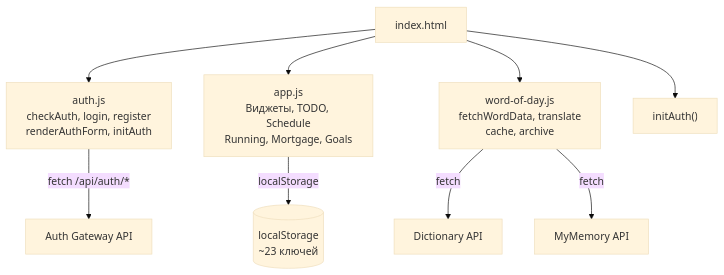
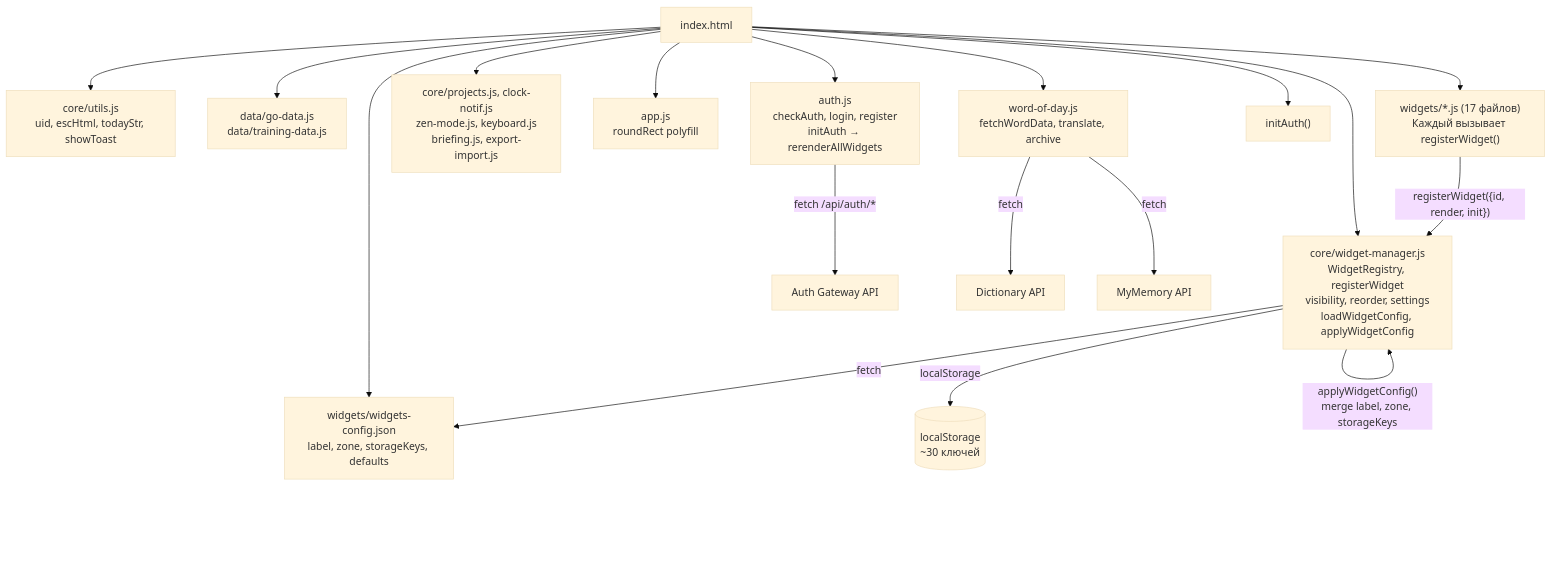
One commit to Finc8888/Dashboard changed the fourth of 13 diagrams in ARCHITECTURE.md. Above: the diagram before and after it, drawn with Mermaid (base theme). The commit also changed other lines of this file and 5716 other files, not shown here.

````diff
--- a/ARCHITECTURE.md
+++ b/ARCHITECTURE.md
@@ -196,12 +252,22 @@
 ```mermaid
 flowchart TB
-    HTML["index.html"] --> AUTH_JS["auth.js<br/>checkAuth, login, register<br/>renderAuthForm, initAuth"]
-    HTML --> APP_JS["app.js<br/>Виджеты, TODO, Schedule<br/>Running, Mortgage, Goals"]
-    HTML --> WOD_JS["word-of-day.js<br/>fetchWordData, translate<br/>cache, archive"]
+    HTML["index.html"]
+    HTML --> UTILS["core/utils.js<br/>uid, escHtml, todayStr, showToast"]
+    HTML --> WM["core/widget-manager.js<br/>WidgetRegistry, registerWidget<br/>visibility, reorder, settings<br/>loadWidgetConfig, applyWidgetConfig"]
+    HTML --> DATA["data/go-data.js<br/>data/training-data.js"]
+    HTML --> WIDGETS["widgets/*.js (17 файлов)<br/>Каждый вызывает registerWidget()"]
+    HTML --> WCFG["widgets/widgets-config.json<br/>label, zone, storageKeys, defaults"]
+    HTML --> CORE["core/projects.js, clock-notif.js<br/>zen-mode.js, keyboard.js<br/>briefing.js, export-import.js"]
+    HTML --> APP["app.js<br/>roundRect polyfill"]
+    HTML --> AUTH_JS["auth.js<br/>checkAuth, login, register<br/>initAuth → rerenderAllWidgets"]
+    HTML --> WOD["word-of-day.js<br/>fetchWordData, translate, archive"]
     HTML --> INIT["initAuth()"]
 
+    WIDGETS -->|"registerWidget({id, render, init})"| WM
+    WM -->|"fetch"| WCFG
+    WM -->|"applyWidgetConfig()<br/>merge label, zone, storageKeys"| WM
+    WM -->|"localStorage"| LS[("localStorage<br/>~30 ключей")]
     AUTH_JS -->|"fetch /api/auth/*"| AUTH_API["Auth Gateway API"]
-    APP_JS -->|"localStorage"| LS[("localStorage<br/>~23 ключей")]
-    WOD_JS -->|"fetch"| DICT_API["Dictionary API"]
-    WOD_JS -->|"fetch"| TRANS_API["MyMemory API"]
+    WOD -->|"fetch"| DICT_API["Dictionary API"]
+    WOD -->|"fetch"| TRANS_API["MyMemory API"]
 ```
````
